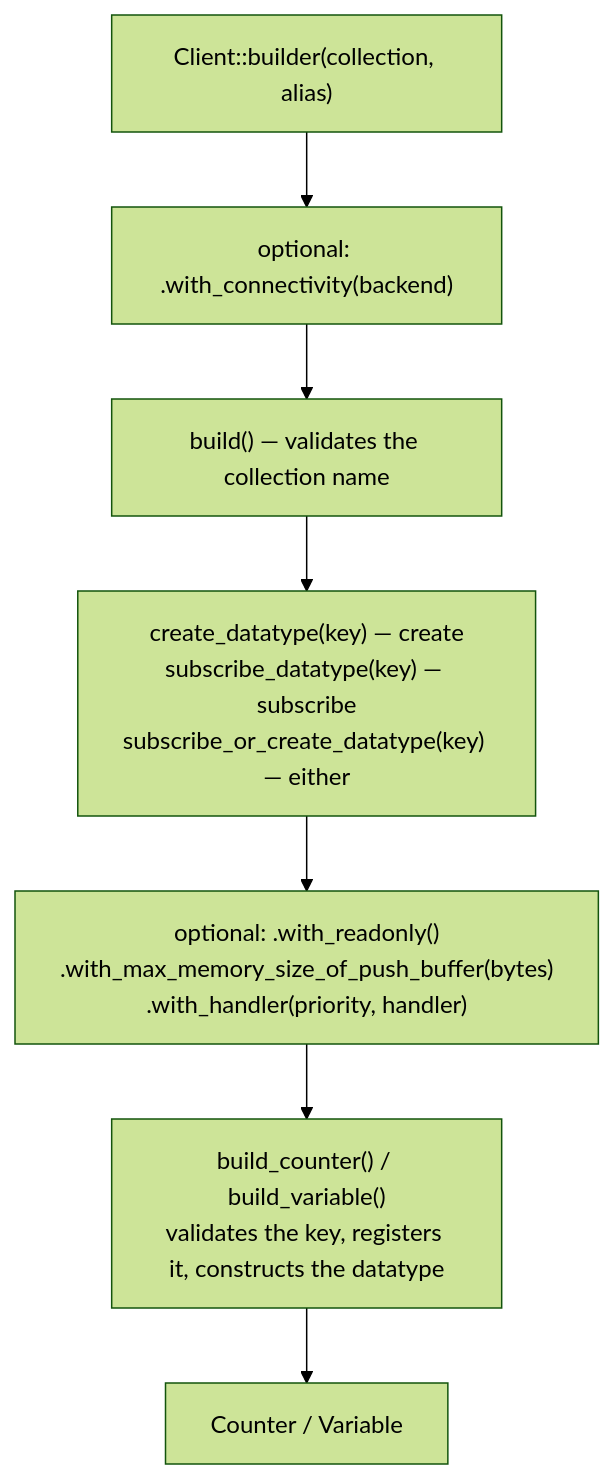
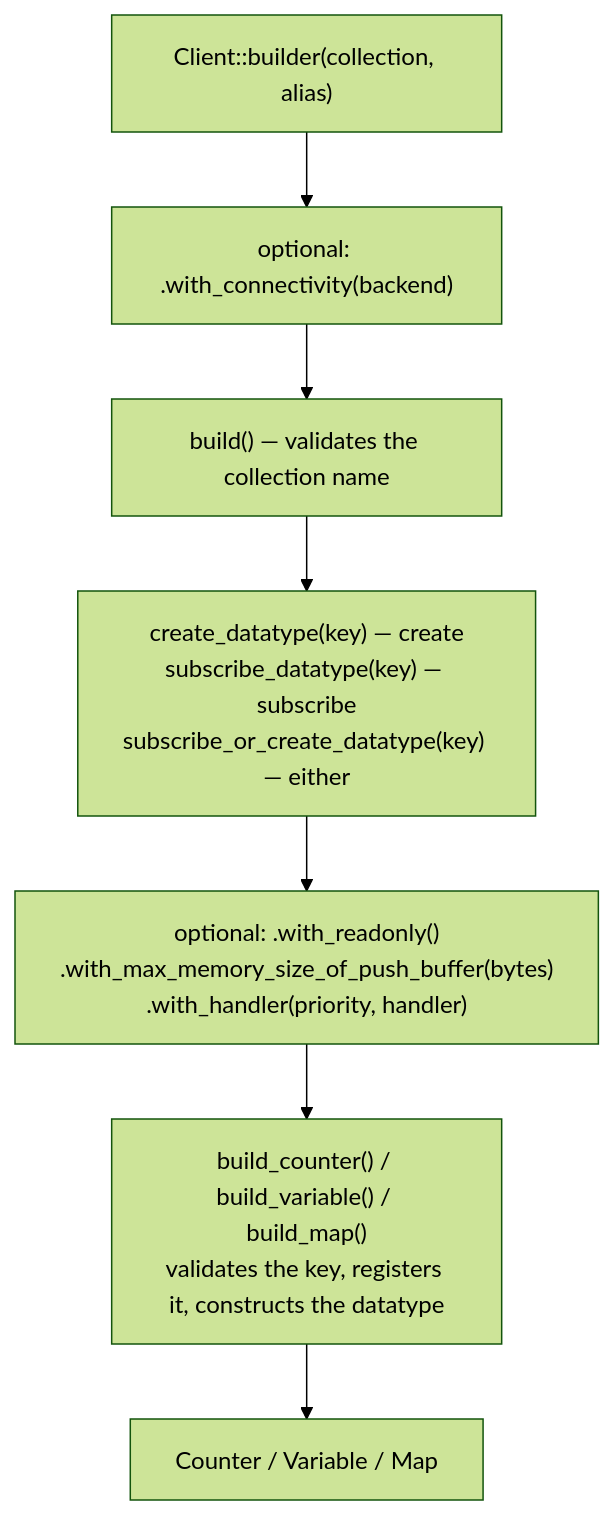
One commit to qortoo/qortoo-rs changed the diagram in docs/client-and-datatype-builder.md. Above: the diagram before and after it, drawn with Mermaid (forest theme). The commit also changed 26 other files, not shown here.

````diff
--- a/docs/client-and-datatype-builder.md
+++ b/docs/client-and-datatype-builder.md
@@ -23,12 +23,12 @@
 ```mermaid
 flowchart TD
     CB["Client::builder(collection, alias)"]
     WC["optional: .with_connectivity(backend)"]
     B["build() — validates the collection name"]
     INTENT["create_datatype(key) — create<br/>subscribe_datatype(key) — subscribe<br/>subscribe_or_create_datatype(key) — either"]
     OPT["optional: .with_readonly()<br/>.with_max_memory_size_of_push_buffer(bytes)<br/>.with_handler(priority, handler)"]
-    TERM["build_counter() / build_variable()<br/>validates the key, registers it, constructs the datatype"]
-    DT["Counter / Variable"]
+    TERM["build_counter() / build_variable() / build_map()<br/>validates the key, registers it, constructs the datatype"]
+    DT["Counter / Variable / Map"]
 
     CB --> WC --> B --> INTENT --> OPT --> TERM --> DT
 ```
````
